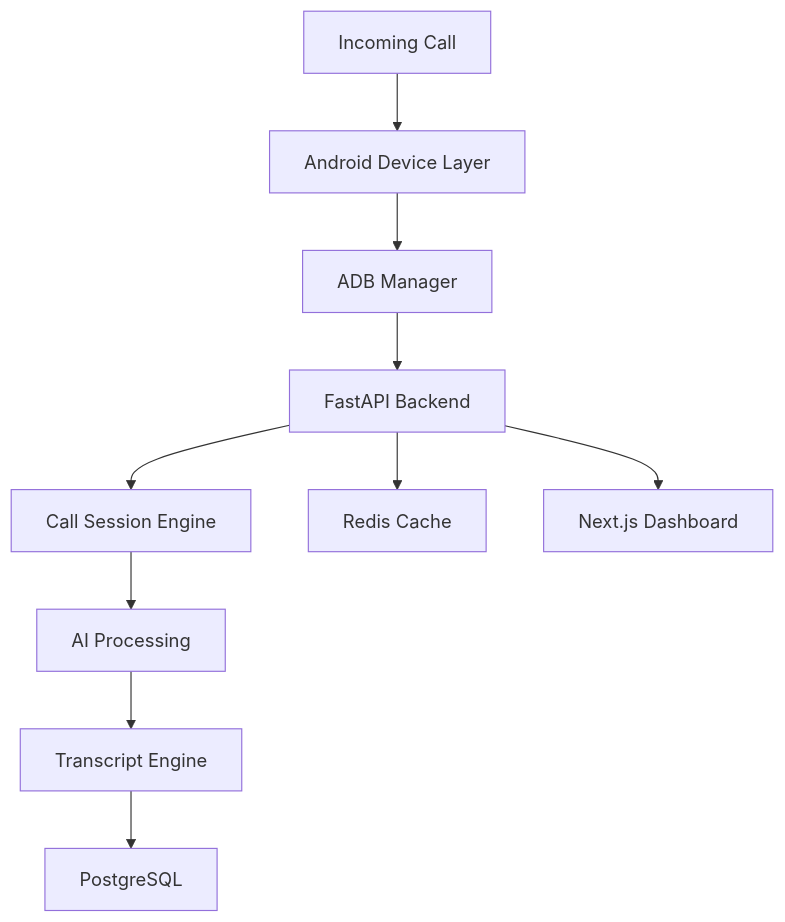
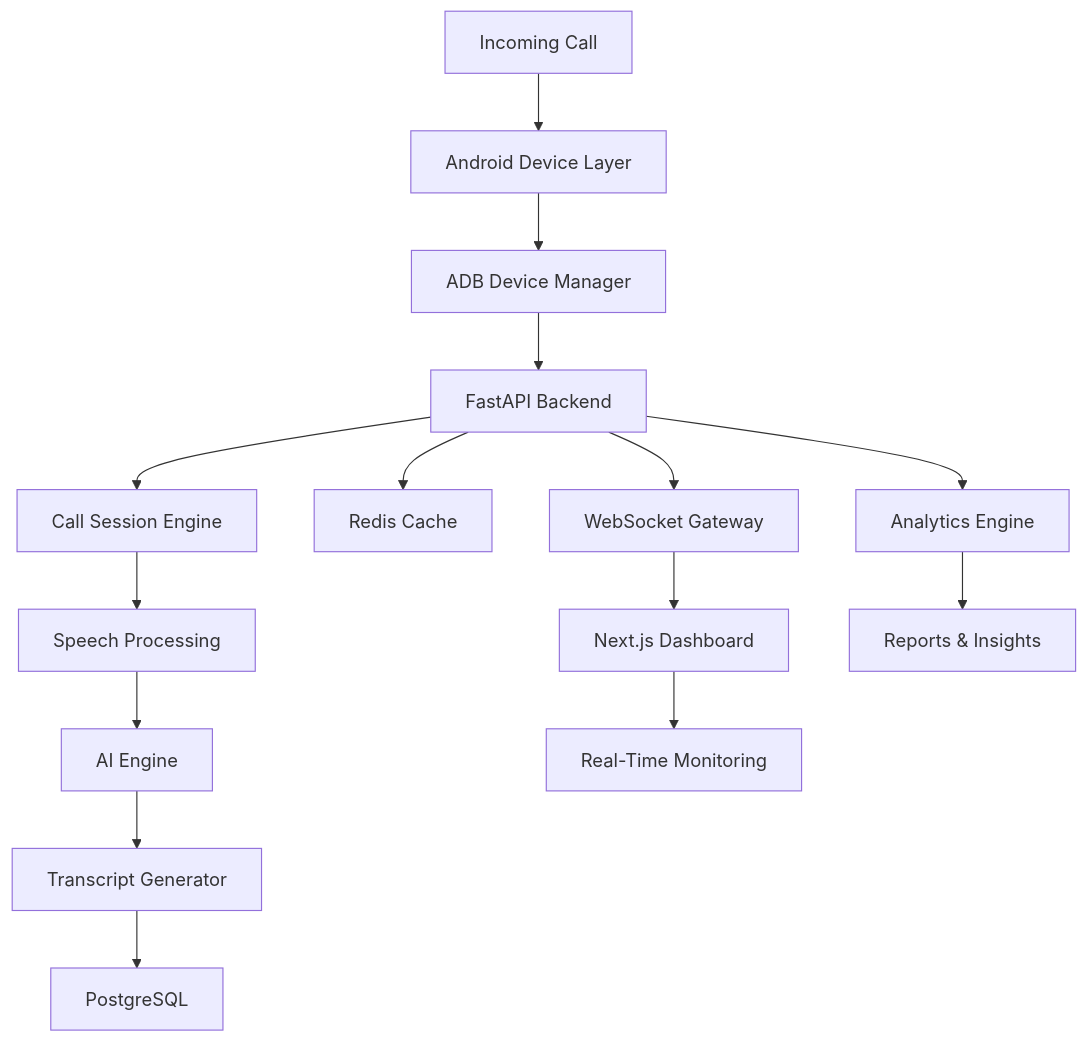
Before and after one commit to Ritesh151/AI-Calling-Agent---Client-Communication: the diagram in README.md, drawn with Mermaid. The commit also changed other lines of this file, not shown here.

`````diff
--- a/README.md
+++ b/README.md
@@ -76,24 +109,33 @@
 ```mermaid
 graph TD
 
 A[Incoming Call]
 
 --> B[Android Device Layer]
 
-B --> C[ADB Manager]
+B --> C[ADB Device Manager]
 
 C --> D[FastAPI Backend]
 
 D --> E[Call Session Engine]
 
-E --> F[AI Processing]
+E --> F[Speech Processing]
 
-F --> G[Transcript Engine]
+F --> G[AI Engine]
 
-G --> H[PostgreSQL]
+G --> H[Transcript Generator]
 
-D --> I[Redis Cache]
+H --> I[PostgreSQL]
 
-D --> J[Next.js Dashboard]
+D --> J[Redis Cache]
 
-````
+D --> K[WebSocket Gateway]
+
+K --> L[Next.js Dashboard]
+
+L --> M[Real-Time Monitoring]
+
+D --> N[Analytics Engine]
+
+N --> O[Reports & Insights]
+```
`````
